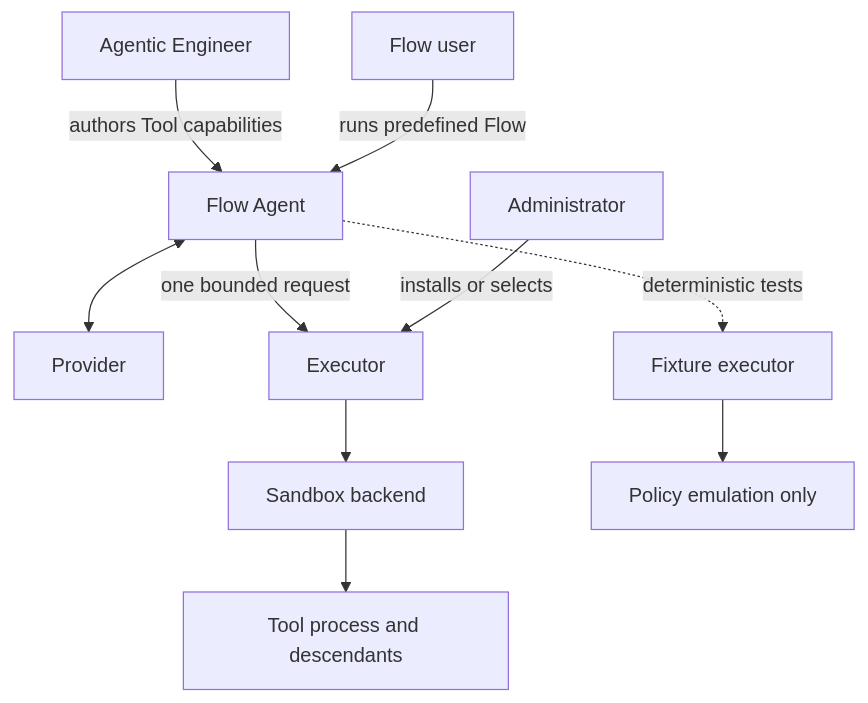
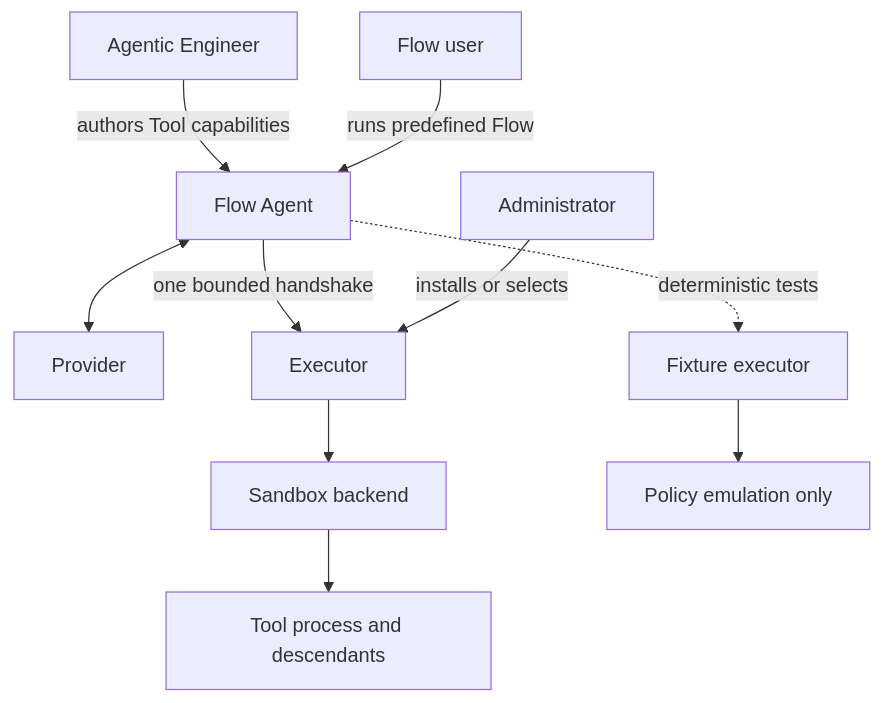
One commit to Open-Equilibrium/watershed changed the first of 3 diagrams in docs/concept/flow-agent-executor-architecture.md. Above: the diagram before and after it, drawn with Mermaid. The commit also changed other lines of this file and 30 other files, not shown here.

````diff
--- a/docs/concept/flow-agent-executor-architecture.md
+++ b/docs/concept/flow-agent-executor-architecture.md
@@ -15,12 +15,12 @@
 ```mermaid
 flowchart TD
   AE[Agentic Engineer] -->|authors Tool capabilities| FA[Flow Agent]
   U[Flow user] -->|runs predefined Flow| FA
   FA <--> P[Provider]
-  FA -->|one bounded request| E[Executor]
+  FA -->|one bounded handshake| E[Executor]
   A[Administrator] -->|installs or selects| E
   E --> B[Sandbox backend]
   B --> T[Tool process and descendants]
   FA -. deterministic tests .-> F[Fixture executor]
   F --> PE[Policy emulation only]
 ```
````
